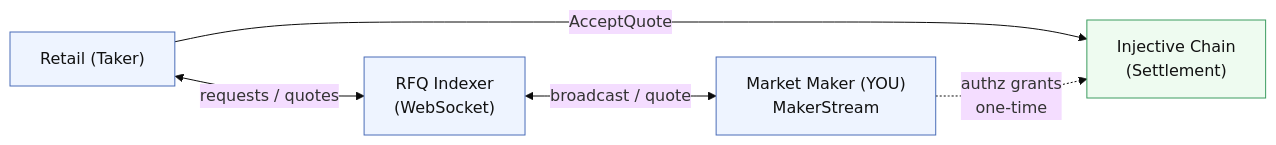
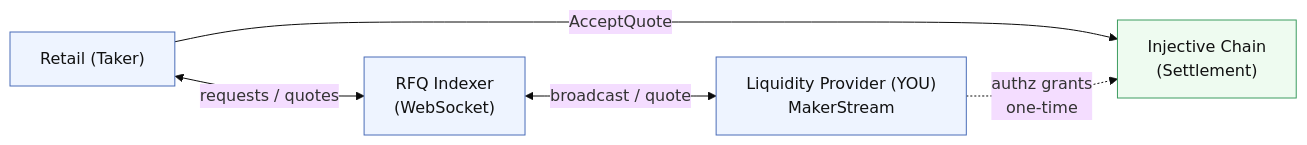
One commit to TrueCurrent/truecurrent-docs changed the diagram in mintlify/liquidity-providers/integration/architecture.md. Above: the diagram before and after it, drawn with Mermaid (base theme). The commit also changed 11 other files, not shown here.

Commit message:
docs: 150 convert more references to market makers to liquidity providers

````diff
--- a/mintlify/liquidity-providers/integration/architecture.md
+++ b/mintlify/liquidity-providers/integration/architecture.md
@@ -7,17 +7,17 @@
 ```mermaid
 flowchart LR
     Taker["Retail (Taker)"]
     Indexer["RFQ Indexer<br/>(WebSocket)"]
-    MM["Market Maker (YOU)<br/>MakerStream"]
+    MM["Liquidity Provider (YOU)<br/>MakerStream"]
     Chain["Injective Chain<br/>(Settlement)"]
 
     Taker <-->|requests / quotes| Indexer
     Indexer <-->|broadcast / quote| MM
     Taker -->|AcceptQuote| Chain
     MM -.->|authz grants<br/>one-time| Chain
 
     classDef offchain fill:#eef4ff,stroke:#4a6db8,color:#111
     classDef onchain fill:#eefbf0,stroke:#3c9c60,color:#111
     class Taker,Indexer,MM offchain
     class Chain onchain
 ```
````
